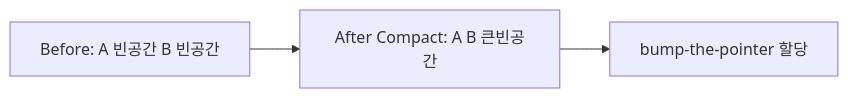
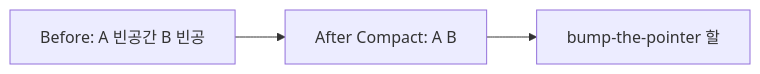
The third of 9 diagrams in _posts/java/2026-05-01-java-garbage-collector.md (yjkim2015/yjkim2015.github.io), drawn with Mermaid before and after one commit. The commit also changed other lines of this file and 245 other files, not shown here.

First line of the commit message:
Mermaid 다이어그램 전면 수정 + 면접 포인트 접기/펼치기 + DB 데드락 페이지

````diff
--- a/_posts/java/2026-05-01-java-garbage-collector.md
+++ b/_posts/java/2026-05-01-java-garbage-collector.md
@@ -212,5 +210,5 @@
 ```mermaid
 graph LR
-    BEF["Before: A 빈공간 B 빈공간"] --> AFT["After Compact: A B 큰빈공간"]
-    AFT --> BUMP["bump-the-pointer 할당"]
+    BEF["Before: A 빈공간 B 빈공"] --> AFT["After Compact: A B"]
+    AFT --> BUMP["bump-the-pointer 할"]
 ```
````
